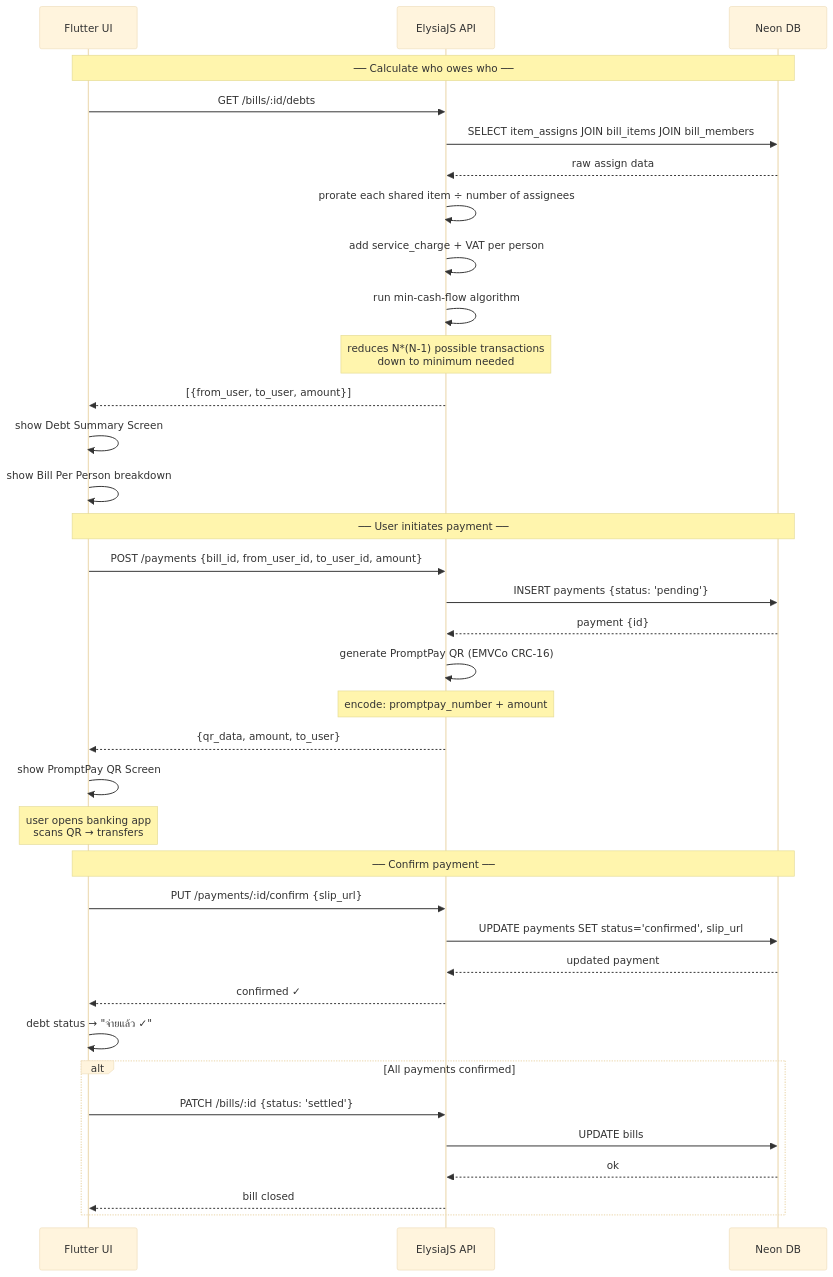
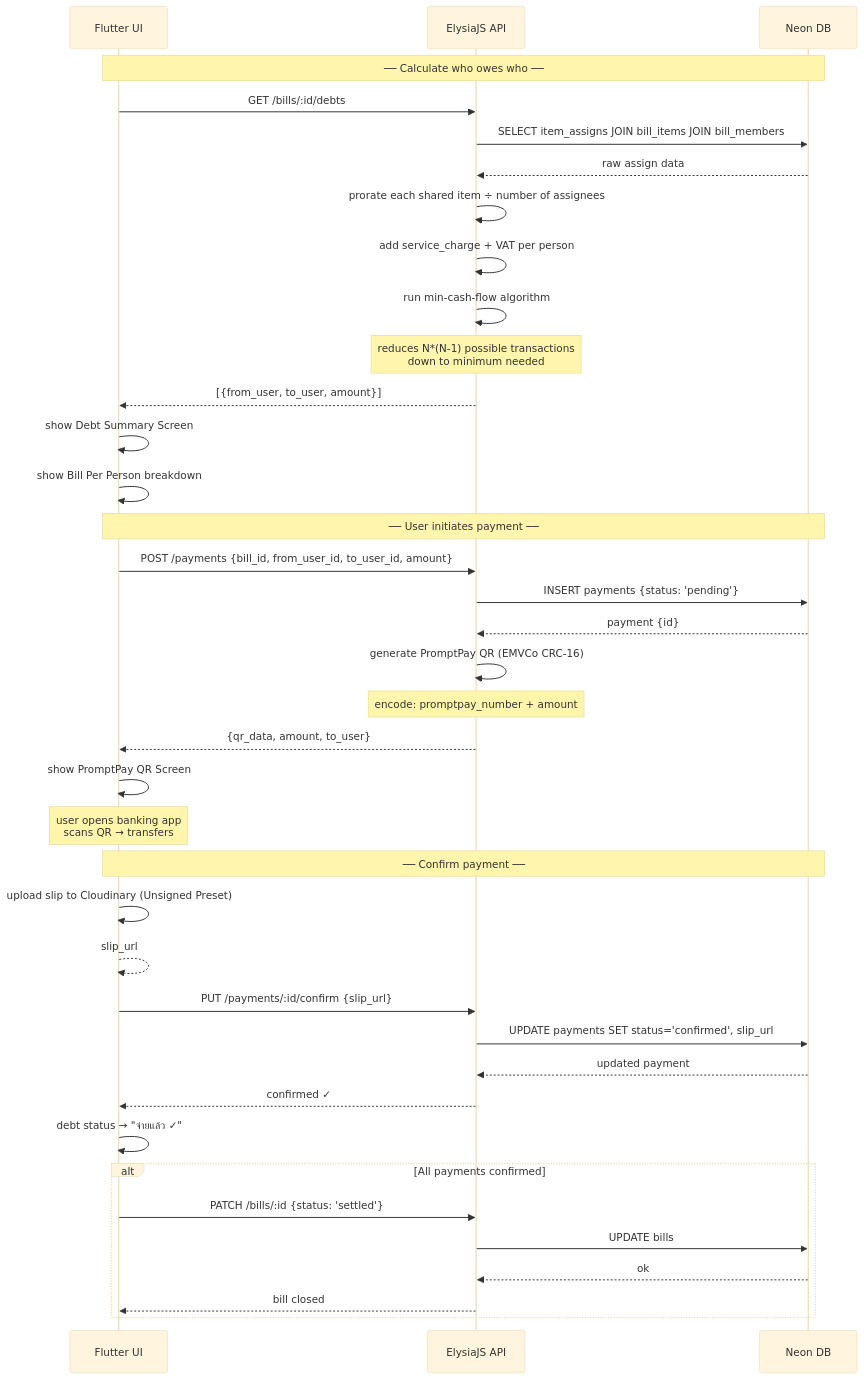
The diagram in docs/06_debt_settle_flow.mermaid (TunyatapVich/cs356_billgang_project), drawn with Mermaid (base theme) before and after one commit. The commit also changed 9 other files, not shown here.

Commit message:
refactor: transition to API-based item operations, update flow documentation, and add cache invalidation for bills on auth state changes

```diff
--- a/docs/06_debt_settle_flow.mermaid
+++ b/docs/06_debt_settle_flow.mermaid
@@ -1,45 +1,47 @@
 sequenceDiagram
     participant UI as Flutter UI
     participant API as ElysiaJS API
     participant DB as Neon DB
 
     Note over UI,DB: ── Calculate who owes who ──
 
     UI->>API: GET /bills/:id/debts
     API->>DB: SELECT item_assigns JOIN bill_items JOIN bill_members
     DB-->>API: raw assign data
     API->>API: prorate each shared item ÷ number of assignees
     API->>API: add service_charge + VAT per person
     API->>API: run min-cash-flow algorithm
     Note over API: reduces N*(N-1) possible transactions<br/>down to minimum needed
     API-->>UI: [{from_user, to_user, amount}]
 
     UI->>UI: show Debt Summary Screen
     UI->>UI: show Bill Per Person breakdown
 
     Note over UI,DB: ── User initiates payment ──
 
     UI->>API: POST /payments {bill_id, from_user_id, to_user_id, amount}
     API->>DB: INSERT payments {status: 'pending'}
     DB-->>API: payment {id}
     API->>API: generate PromptPay QR (EMVCo CRC-16)
     Note over API: encode: promptpay_number + amount
     API-->>UI: {qr_data, amount, to_user}
 
     UI->>UI: show PromptPay QR Screen
     Note over UI: user opens banking app<br/>scans QR → transfers
 
     Note over UI,DB: ── Confirm payment ──
 
+    UI->>UI: upload slip to Cloudinary (Unsigned Preset)
+    UI-->>UI: slip_url
     UI->>API: PUT /payments/:id/confirm {slip_url}
     API->>DB: UPDATE payments SET status='confirmed', slip_url
     DB-->>API: updated payment
     API-->>UI: confirmed ✓
     UI->>UI: debt status → "จ่ายแล้ว ✓"
 
     alt All payments confirmed
         UI->>API: PATCH /bills/:id {status: 'settled'}
         API->>DB: UPDATE bills
         DB-->>API: ok
         API-->>UI: bill closed
     end
```
